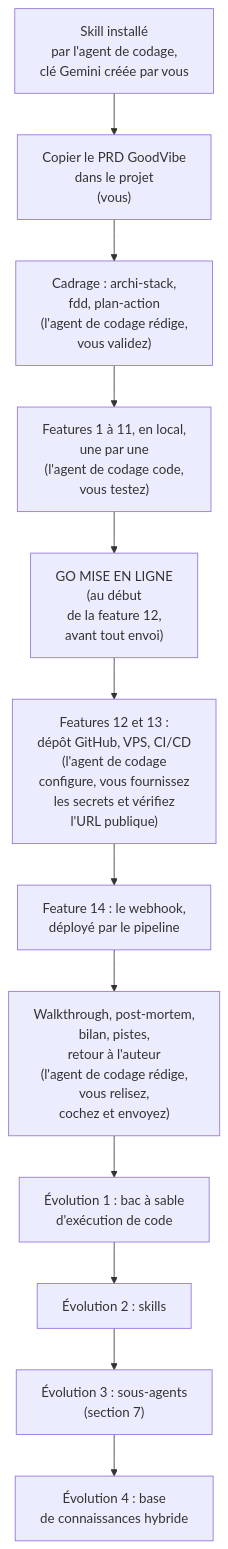
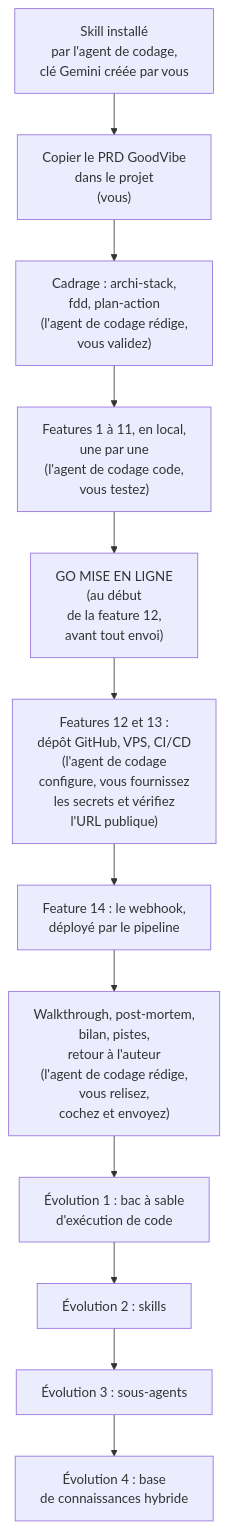
Before and after one commit to lecinquiemejour-code/goodvibe-tuto: the first of 42 diagrams in tuto-goodvibe-vibecoding.md, drawn with Mermaid. The commit also changed other lines of this file and 3 other files, not shown here.

First line of the commit message:
docs(tuto, readme, prd): le chapitre des sous-agents est supprimé, ils restent une évolution future ; la section 8 devient 7 (T9)

````diff
--- a/tuto-goodvibe-vibecoding.md
+++ b/tuto-goodvibe-vibecoding.md
@@ -178,14 +177,14 @@
 ```mermaid
 flowchart TD
     A["Skill installé<br/>par l'agent de codage,<br/>clé Gemini créée par vous"] --> B["Copier le PRD GoodVibe<br/>dans le projet<br/>(vous)"]
     B --> C["Cadrage : archi-stack,<br/>fdd, plan-action<br/>(l'agent de codage rédige,<br/>vous validez)"]
     C --> D["Features 1 à 11, en local,<br/>une par une<br/>(l'agent de codage code,<br/>vous testez)"]
     D --> F["GO MISE EN LIGNE<br/>(au début<br/>de la feature 12,<br/>avant tout envoi)"]
     F --> E["Features 12 et 13 :<br/>dépôt GitHub, VPS, CI/CD<br/>(l'agent de codage<br/>configure, vous fournissez<br/>les secrets et vérifiez<br/>l'URL publique)"]
     E --> F2["Feature 14 : le webhook,<br/>déployé par le pipeline"]
     F2 --> G["Walkthrough, post-mortem,<br/>bilan, pistes,<br/>retour à l'auteur<br/>(l'agent de codage rédige,<br/>vous relisez,<br/>cochez et envoyez)"]
     G --> H1["Évolution 1 : bac à sable<br/>d'exécution de code"]
     H1 --> H2["Évolution 2 : skills"]
-    H2 --> H3["Évolution 3 : sous-agents<br/>(section 7)"]
+    H2 --> H3["Évolution 3 : sous-agents"]
     H3 --> H4["Évolution 4 : base<br/>de connaissances hybride"]
 ```
````
